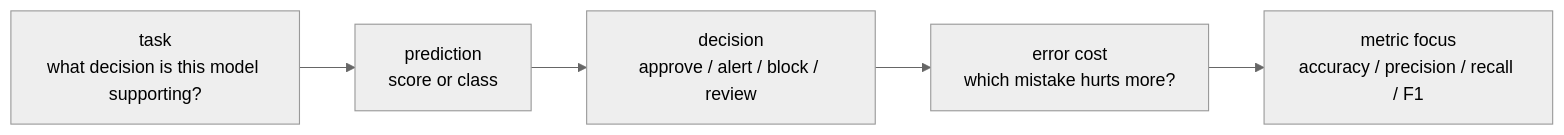
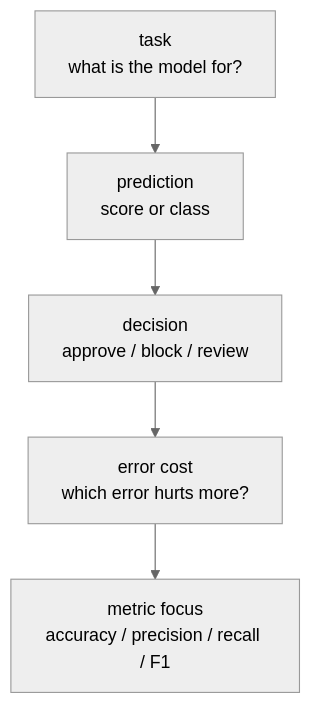
The first of 3 diagrams in docs/parts/part-03/chapter-06/section-01.md (devchan64/AiBook), drawn with Mermaid (neutral theme) before and after one commit. The commit also changed 3 other files, not shown here.

````diff
--- a/docs/parts/part-03/chapter-06/section-01.md
+++ b/docs/parts/part-03/chapter-06/section-01.md
@@ -43,13 +43,10 @@
 ```mermaid
-flowchart LR
-  A["task<br/>what decision is this model supporting?"]
+flowchart TD
+  A["task<br/>what is the model for?"]
   B["prediction<br/>score or class"]
-  C["decision<br/>approve / alert / block / review"]
-  D["error cost<br/>which mistake hurts more?"]
+  C["decision<br/>approve / block / review"]
+  D["error cost<br/>which error hurts more?"]
   E["metric focus<br/>accuracy / precision / recall / F1"]
 
-  A --> B
-  B --> C
-  C --> D
-  D --> E
+  A --> B --> C --> D --> E
 ```
````
